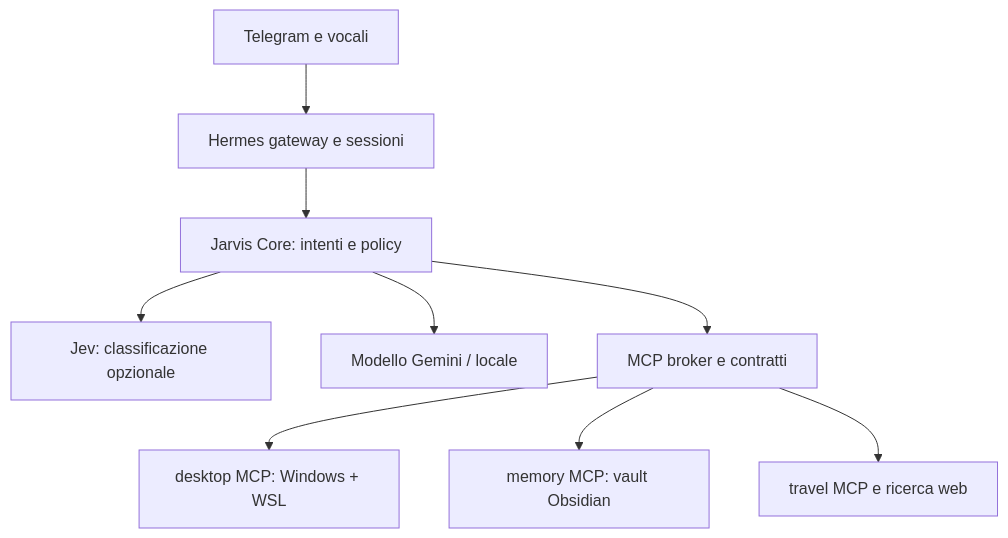
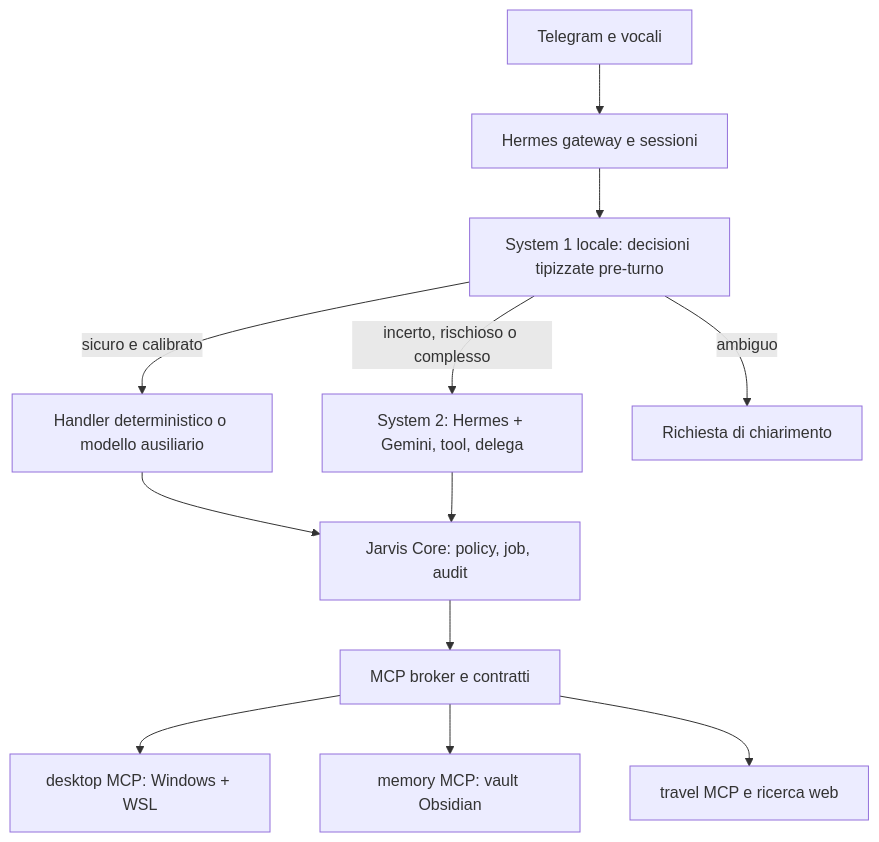
Before and after one commit to nuno80/Jarvis-hermes: the diagram in docs/specs/jarvis-v1.md, drawn with Mermaid. The commit also changed other lines of this file, not shown here.

Commit message:
docs(spec): v1.2 - architettura System 1/System 2 al posto di Jev, invarianti di sicurezza lato server, stato reale del codice

````diff
--- a/docs/specs/jarvis-v1.md
+++ b/docs/specs/jarvis-v1.md
@@ -44,11 +47,14 @@
 ```mermaid
 flowchart TD
   T["Telegram e vocali"] --> H["Hermes gateway e sessioni"]
-  H --> C["Jarvis Core: intenti e policy"]
-  C --> J["Jev: classificazione opzionale"]
-  C --> M["Modello Gemini / locale"]
+  H --> S1["System 1 locale: decisioni tipizzate pre-turno"]
+  S1 -->|"sicuro e calibrato"| F["Handler deterministico o modello ausiliario"]
+  S1 -->|"incerto, rischioso o complesso"| S2["System 2: Hermes + Gemini, tool, delega"]
+  S1 -->|"ambiguo"| Q["Richiesta di chiarimento"]
+  F --> C["Jarvis Core: policy, job, audit"]
+  S2 --> C
   C --> B["MCP broker e contratti"]
   B --> D["desktop MCP: Windows + WSL"]
   B --> V["memory MCP: vault Obsidian"]
   B --> R["travel MCP e ricerca web"]
 ```
````
